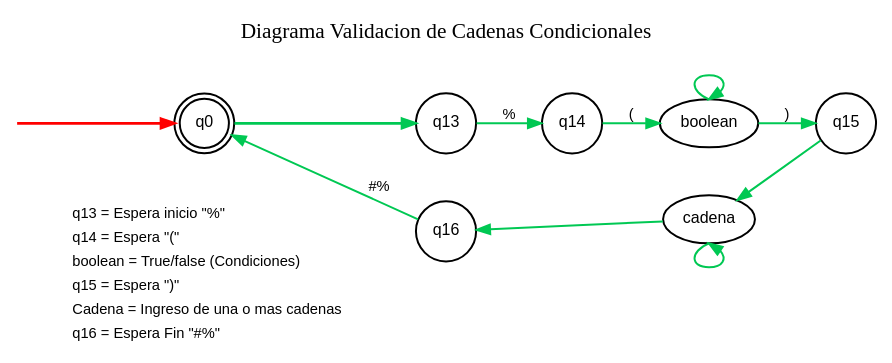
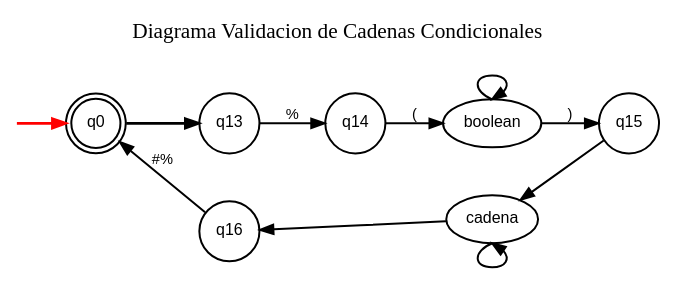
The diagram in Diagramas/string_conditions.dot (Rpinto30/KVX-08-LAN), drawn with Graphviz before and after one commit. The commit also changed 5 other files, not shown here.

Commit message:
Arreglo de errores en diagramas

```diff
--- a/Diagramas/string_conditions.dot
+++ b/Diagramas/string_conditions.dot
@@ -1,50 +1,35 @@
 digraph Grafico6 {
     rankdir=LR;
     labelloc="t";
     label="Diagrama Validacion de Cadenas Condicionales\n\n";
     fontsize=16;
     fontname="Arial Bold";
     node [fontname="Arial", fontsize=12, penwidth=1.5];
     edge [fontname="Arial", fontsize=11, penwidth=1.5];
 
     inicio [shape=none, label="", width=0, height=0];
     q0 [shape=doublecircle, label="q0"];
     q13 [shape=circle, label="q13"];
     q14 [shape=circle, label="q14"];
     boolean [shape=ellipse, label="boolean"];
     q15 [shape=circle, label="q15"];
     cadena [shape=ellipse, label="cadena"];
     q16 [shape=circle, label="q16"];
-
-    leyenda [shape=none, margin=0, label=<
-        <table border="0" cellborder="0" cellspacing="2" align="left">
-            <tr><td align="left">q13 = Espera inicio &quot;%&quot;</td></tr>
-            <tr><td align="left">q14 = Espera &quot;(&quot;</td></tr>
-            <tr><td align="left">boolean = True/false (Condiciones)</td></tr>
-            <tr><td align="left">q15 = Espera &quot;)&quot;</td></tr>
-            <tr><td align="left">Cadena = Ingreso de una o mas cadenas</td></tr>
-            <tr><td align="left">q16 = Espera Fin &quot;#%&quot;</td></tr>
-        </table>
-    >, fontsize=11];
-
-    { rank=same; q0; leyenda; }       // Mantiene la leyenda debajo de q0
-    { rank=same; q13; q16; }          // Mantiene a q16 debajo de q13
-    { rank=same; boolean; cadena; }   // Mantiene a cadena debajo de boolean
-
-    // Guías invisibles para estructurar las filas hacia abajo
-    q0 -> leyenda [style=invis, weight=10];
+      
+    { rank=same; q13; q16; }       
+    { rank=same; boolean; cadena; } 
     q13 -> q16 [style=invis, weight=10];
     boolean -> cadena [style=invis, weight=10];
 
     inicio -> q0 [color="red", penwidth=2];
-    q0 -> q13 [color="#00C853", penwidth=2, weight=10];
-    q13 -> q14 [label=" %", color="#00C853", weight=10];
-    q14 -> boolean [label=" (", color="#00C853", weight=10];
-    boolean -> q15 [label=" )", color="#00C853", weight=10];
+    q0 -> q13 [color="black", penwidth=2, weight=10];
+    q13 -> q14 [label=" %", color="black", weight=10];
+    q14 -> boolean [label=" (", color="black", weight=10];
+    boolean -> q15 [label=" )", color="black", weight=10];
 
-    boolean:n -> boolean:n [color="#00C853"];
-    cadena:s -> cadena:s [color="#00C853"];
-    q15 -> cadena [color="#00C853", constraint=false];
-    cadena -> q16 [color="#00C853", constraint=false];
-    q16 -> q0 [label=" #%", color="#00C853", constraint=false];
+    boolean:n -> boolean:n [color="black"];
+    cadena:s -> cadena:s [color="black"];
+    q15 -> cadena [color="black", constraint=false];
+    cadena -> q16 [color="black", constraint=false];
+    q16 -> q0 [label=" #%", color="black", constraint=false];
 }
```
